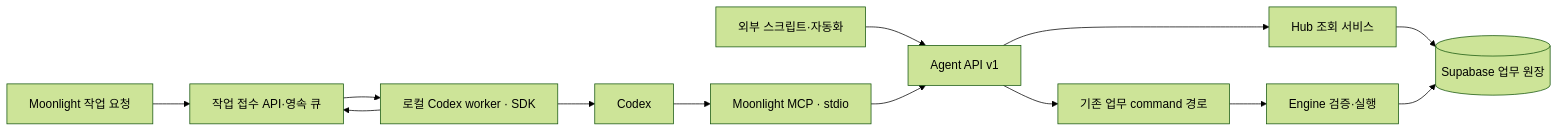
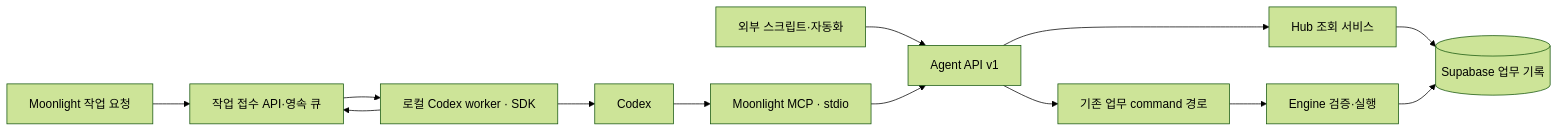
One commit to Muuuuoouuun/moonlight_pro changed the diagram in docs/superpowers/specs/2026-09-13-codex-mcp-api-integration-design.md. Above: the diagram before and after it, drawn with Mermaid (forest theme). The commit also changed other lines of this file and 123 other files, not shown here.

````diff
--- a/docs/superpowers/specs/2026-09-13-codex-mcp-api-integration-design.md
+++ b/docs/superpowers/specs/2026-09-13-codex-mcp-api-integration-design.md
@@ -14,15 +14,15 @@
 ```mermaid
 flowchart LR
   C[Codex] --> M[Moonlight MCP · stdio]
   X[외부 스크립트·자동화] --> A[Agent API v1]
   M --> A
   A --> R[Hub 조회 서비스]
   A --> W[기존 업무 command 경로]
-  R --> D[(Supabase 업무 원장)]
+  R --> D[(Supabase 업무 기록)]
   W --> E[Engine 검증·실행]
   E --> D
   H[Moonlight 작업 요청] --> Q[작업 접수 API·영속 큐]
   Q --> K[로컬 Codex worker · SDK]
   K --> C
   K --> Q
 ```
````
